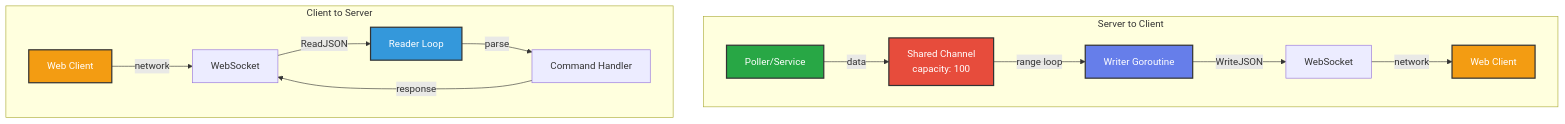
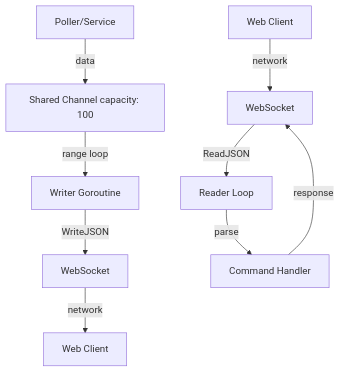
The second of 2 diagrams in docs/WEBSOCKET.mdx (codershubinc/Blitz), drawn with Mermaid before and after one commit. The commit also changed other lines of this file and 2 other files, not shown here.

Commit message:
refactor: improve Mermaid diagrams and formatting in documentation files

````diff
--- a/docs/WEBSOCKET.mdx
+++ b/docs/WEBSOCKET.mdx
@@ -74,23 +69,12 @@
 ```mermaid
 graph TB
-    subgraph "Server to Client"
-        Poller[Poller/Service] -->|data| Channel[Shared Channel<br/>capacity: 100]
-        Channel -->|range loop| Writer[Writer Goroutine]
-        Writer -->|WriteJSON| WS1[WebSocket]
-        WS1 -->|network| Client1[Web Client]
-    end
-    
-    subgraph "Client to Server"
-        Client2[Web Client] -->|network| WS2[WebSocket]
-        WS2 -->|ReadJSON| Reader[Reader Loop]
-        Reader -->|parse| Handler[Command Handler]
-        Handler -->|response| WS2
-    end
-    
-    style Poller fill:#28a745,stroke:#333,stroke-width:2px,color:#fff
-    style Channel fill:#e74c3c,stroke:#333,stroke-width:2px,color:#fff
-    style Writer fill:#667eea,stroke:#333,stroke-width:2px,color:#fff
-    style Reader fill:#3498db,stroke:#333,stroke-width:2px,color:#fff
-    style Client1 fill:#f39c12,stroke:#333,stroke-width:2px,color:#fff
-    style Client2 fill:#f39c12,stroke:#333,stroke-width:2px,color:#fff
+    Poller["Poller/Service"] -->|data| Channel["Shared Channel capacity: 100"]
+    Channel -->|range loop| Writer["Writer Goroutine"]
+    Writer -->|WriteJSON| WS1[WebSocket]
+    WS1 -->|network| Client1["Web Client"]
+
+    Client2["Web Client"] -->|network| WS2[WebSocket]
+    WS2 -->|ReadJSON| Reader["Reader Loop"]
+    Reader -->|parse| Handler["Command Handler"]
+    Handler -->|response| WS2
 ```
````
